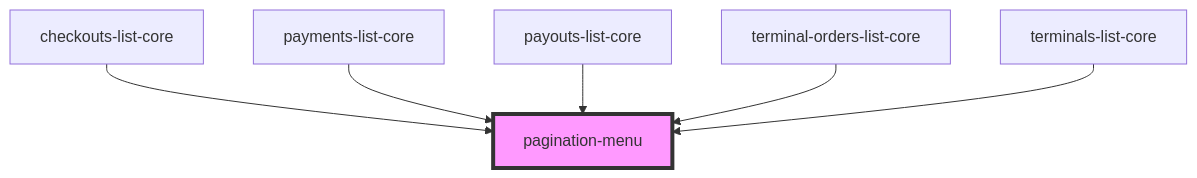
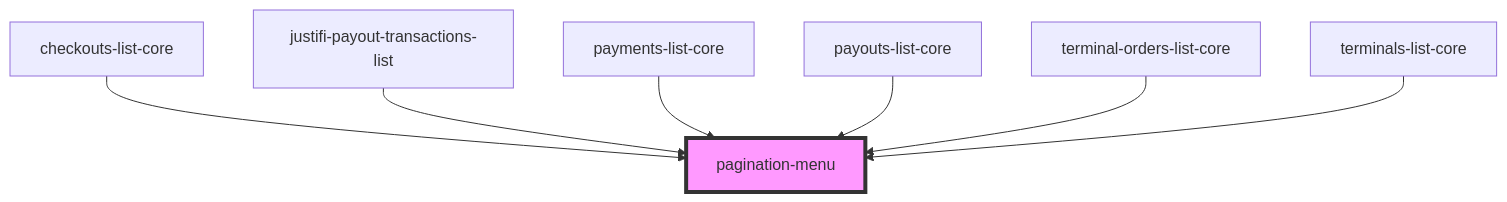
One commit to justifi-tech/web-component-library changed the diagram in packages/webcomponents/src/ui-components/pagination-menu/readme.md. Above: the diagram before and after it, drawn with Mermaid. The commit also changed other lines of this file and 5 other files, not shown here.

Commit message:
Add example file for payout-transactions-list component

````diff
--- a/packages/webcomponents/src/ui-components/pagination-menu/readme.md
+++ b/packages/webcomponents/src/ui-components/pagination-menu/readme.md
@@ -27,9 +28,10 @@
 ```mermaid
 graph TD;
   checkouts-list-core --> pagination-menu
+  justifi-payout-transactions-list --> pagination-menu
   payments-list-core --> pagination-menu
   payouts-list-core --> pagination-menu
   terminal-orders-list-core --> pagination-menu
   terminals-list-core --> pagination-menu
   style pagination-menu fill:#f9f,stroke:#333,stroke-width:4px
 ```
````
